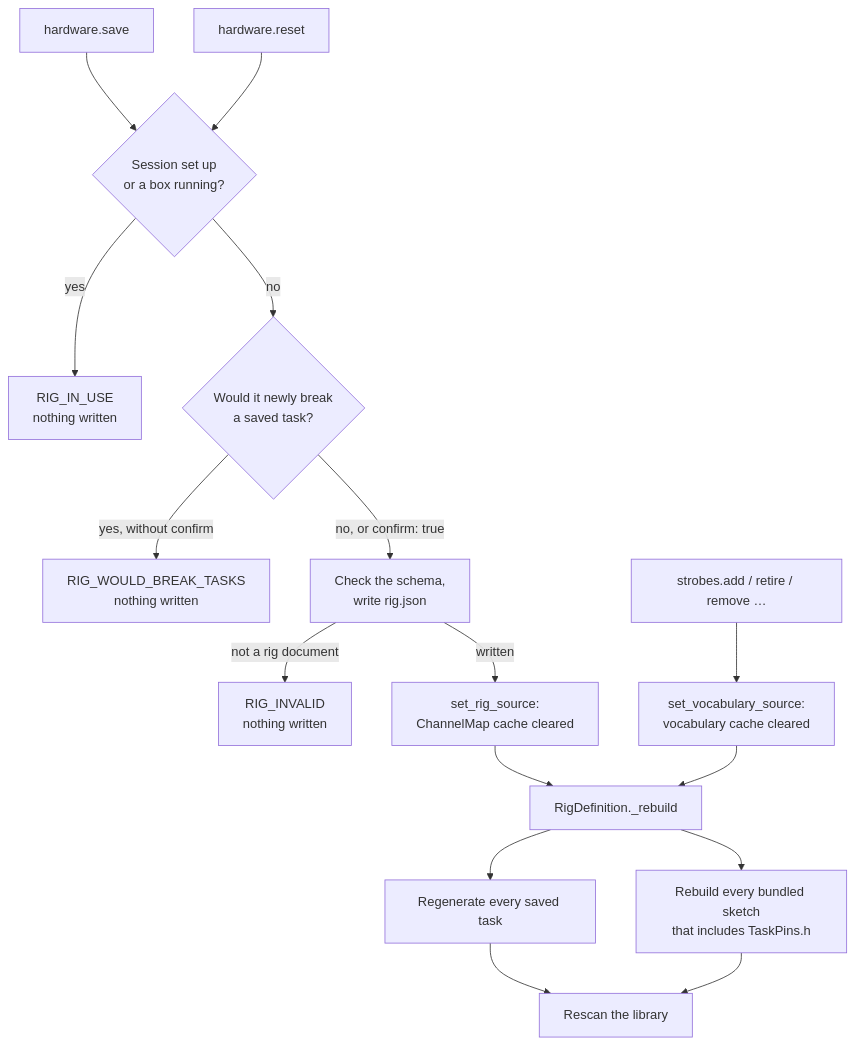
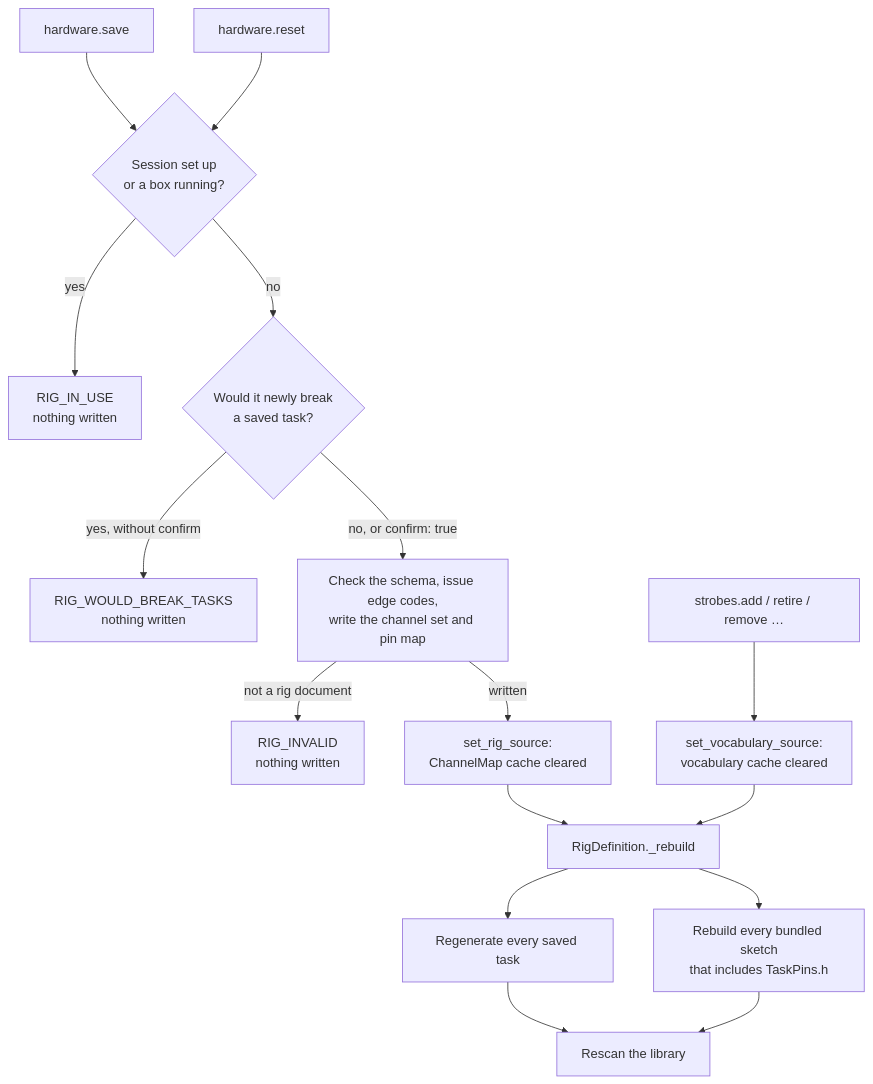
The second of 6 diagrams in docs/TASKS.md (Chase-NJ/Ephymeris), drawn with Mermaid before and after one commit. The commit also changed other lines of this file and 25 other files, not shown here.

First line of the commit message:
Split the rig wiring into a channel set and a pin map (#123)

````diff
--- a/docs/TASKS.md
+++ b/docs/TASKS.md
@@ -467,18 +468,18 @@
 ```mermaid
 flowchart TD
     save["hardware.save"] --> inuse{"Session set up<br/>or a box running?"}
     inuse -->|yes| busy["RIG_IN_USE<br/>nothing written"]
     inuse -->|no| impact{"Would it newly break<br/>a saved task?"}
     impact -->|"yes, without confirm"| refuse["RIG_WOULD_BREAK_TASKS<br/>nothing written"]
-    impact -->|"no, or confirm: true"| write["Check the schema,<br/>write rig.json"]
+    impact -->|"no, or confirm: true"| write["Check the schema, issue edge codes,<br/>write the channel set and pin map"]
     write -->|"not a rig document"| invalid["RIG_INVALID<br/>nothing written"]
     reset["hardware.reset"] --> inuse
     write -->|"written"| install["set_rig_source:<br/>ChannelMap cache cleared"]
     install --> rebuild["RigDefinition._rebuild"]
     vocab["strobes.add / retire / remove …"] --> vinstall["set_vocabulary_source:<br/>vocabulary cache cleared"]
     vinstall --> rebuild
     rebuild --> tasks["Regenerate every saved task"]
     rebuild --> bundled["Rebuild every bundled sketch<br/>that includes TaskPins.h"]
     tasks --> rescan["Rescan the library"]
     bundled --> rescan
 ```
````
